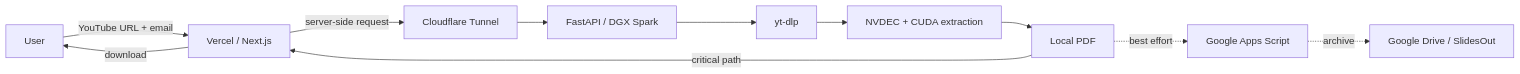
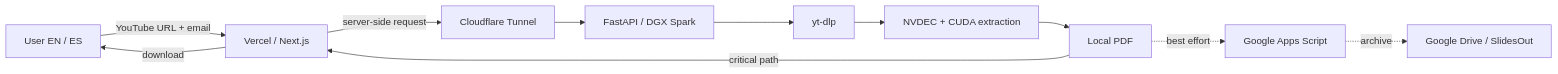
The first of 2 diagrams in README.md (LuisAlbertoMunozUbando/Vision-From-Youtube), drawn with Mermaid before and after one commit. The commit also changed other lines of this file, not shown here.

````diff
--- a/README.md
+++ b/README.md
@@ -37,13 +43,13 @@
 ```mermaid
 flowchart LR
-    U[User] -->|YouTube URL + email| V[Vercel / Next.js]
+    U[User EN / ES] -->|YouTube URL + email| V[Vercel / Next.js]
     V -->|server-side request| C[Cloudflare Tunnel]
     C --> S[FastAPI / DGX Spark]
     S --> Y[yt-dlp]
     Y --> G[NVDEC + CUDA extraction]
     G --> P[Local PDF]
     P -->|critical path| V
     V -->|download| U
     P -. best effort .-> A[Google Apps Script]
     A -. archive .-> D[Google Drive / SlidesOut]
 ```
````
